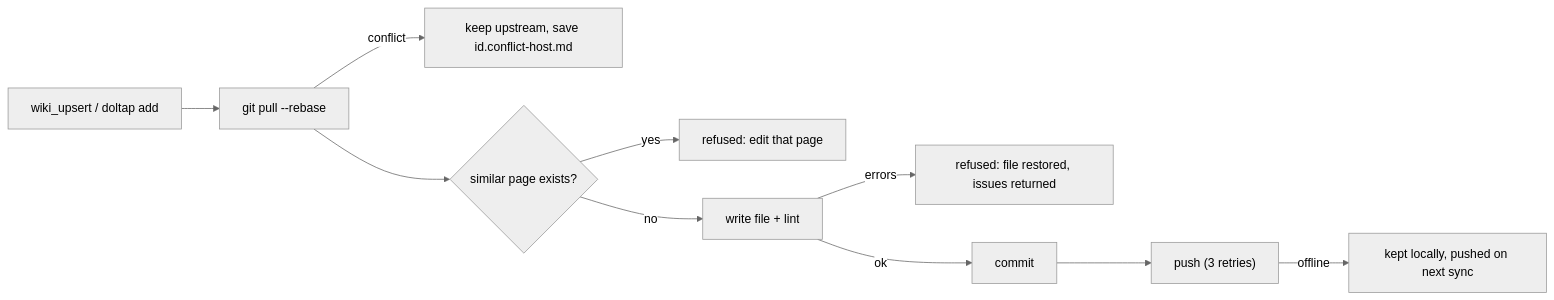
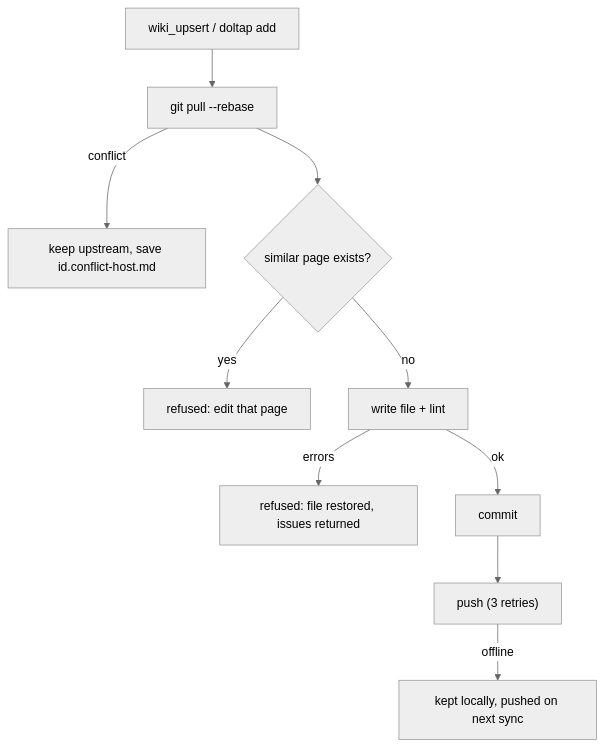
One commit to bluekds/doltap-wiki changed the second of 2 diagrams in README.en.md. Above: the diagram before and after it, drawn with Mermaid (neutral theme). The commit also changed 1 other file, not shown here.

Commit message:
docs: write-path diagram top-to-bottom so it fits the README width

````diff
--- a/README.en.md
+++ b/README.en.md
@@ -59,11 +59,11 @@
 ```mermaid
-flowchart LR
+flowchart TB
   W["wiki_upsert / doltap add"] --> P["git pull --rebase"]
   P -->|"conflict"| K["keep upstream, save id.conflict-host.md"]
   P --> D{"similar page exists?"}
   D -->|"yes"| X["refused: edit that page"]
   D -->|"no"| L["write file + lint"]
   L -->|"errors"| Y["refused: file restored, issues returned"]
   L -->|"ok"| C["commit"] --> U["push (3 retries)"]
   U -->|"offline"| O["kept locally, pushed on next sync"]
 ```
````
